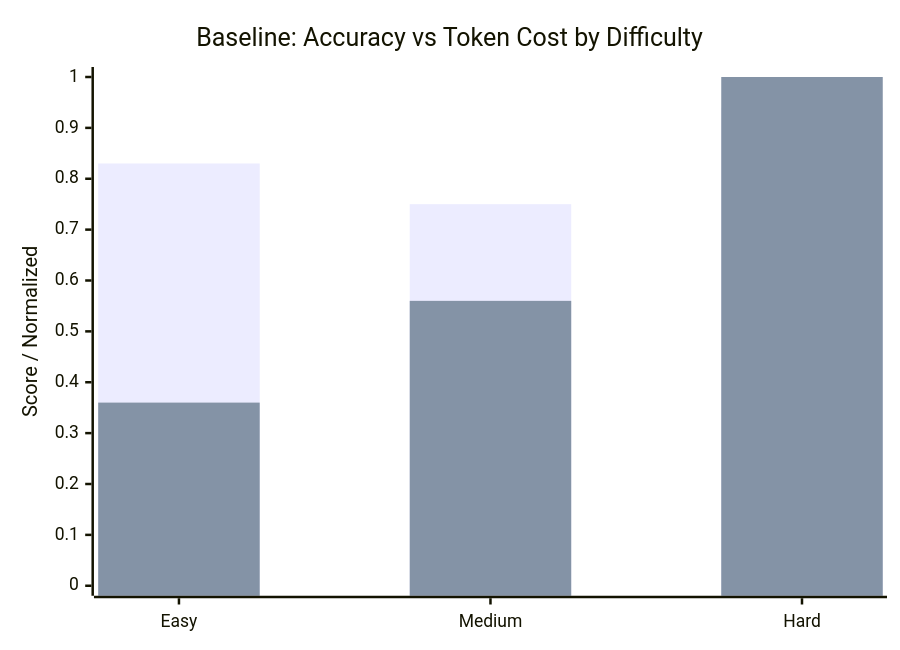
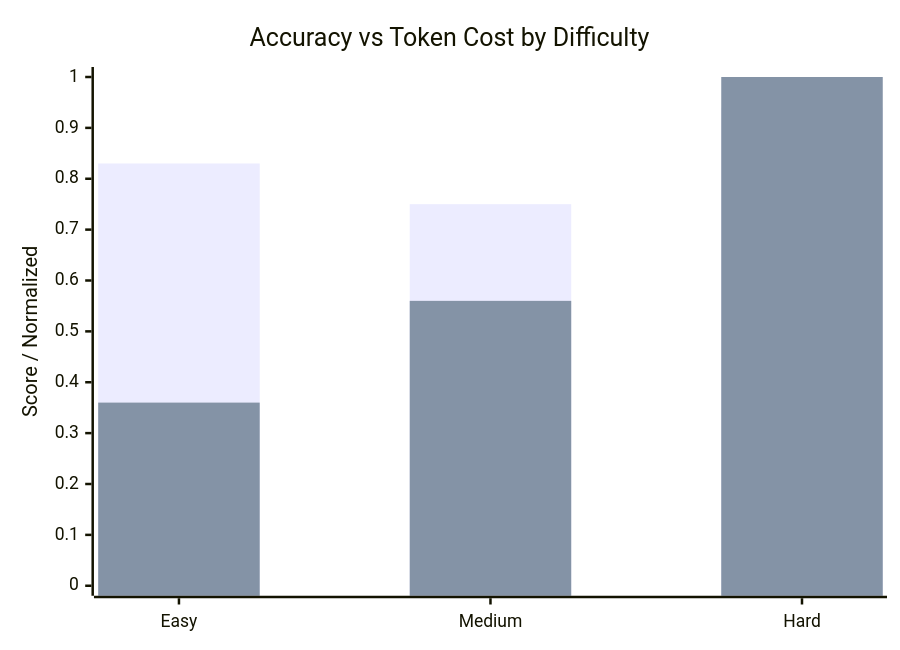
The second of 3 diagrams in reports/progress-report.md (KalharPandya/terraform-smart-context-mcp-42), drawn with Mermaid before and after one commit. The commit also changed other lines of this file, not shown here.

First line of the commit message:
Kalhar: remove flowchart diagrams causing whitespace, keep xycharts only

````diff
--- a/reports/progress-report.md
+++ b/reports/progress-report.md
@@ -123,8 +88,8 @@
 ```mermaid
 xychart-beta
-    title "Baseline: Accuracy vs Token Cost by Difficulty"
+    title "Accuracy vs Token Cost by Difficulty"
     x-axis ["Easy", "Medium", "Hard"]
     y-axis "Score / Normalized" 0 --> 1.0
     bar "Accuracy" [0.83, 0.75, 0.94]
     bar "Token Cost (norm)" [0.36, 0.56, 1.0]
 ```
````
